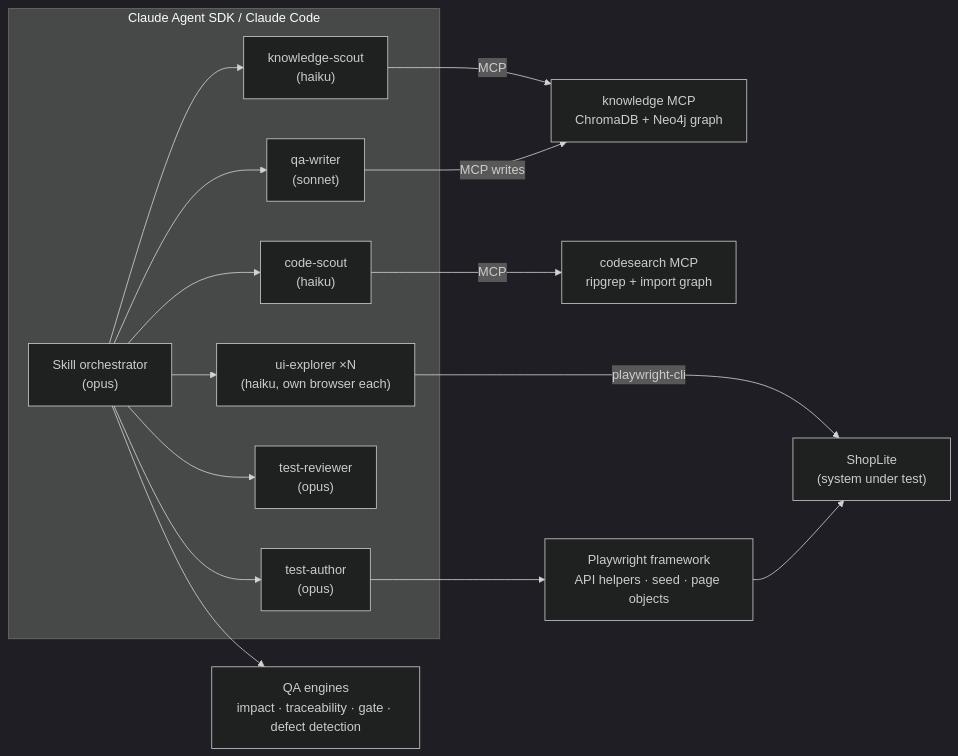
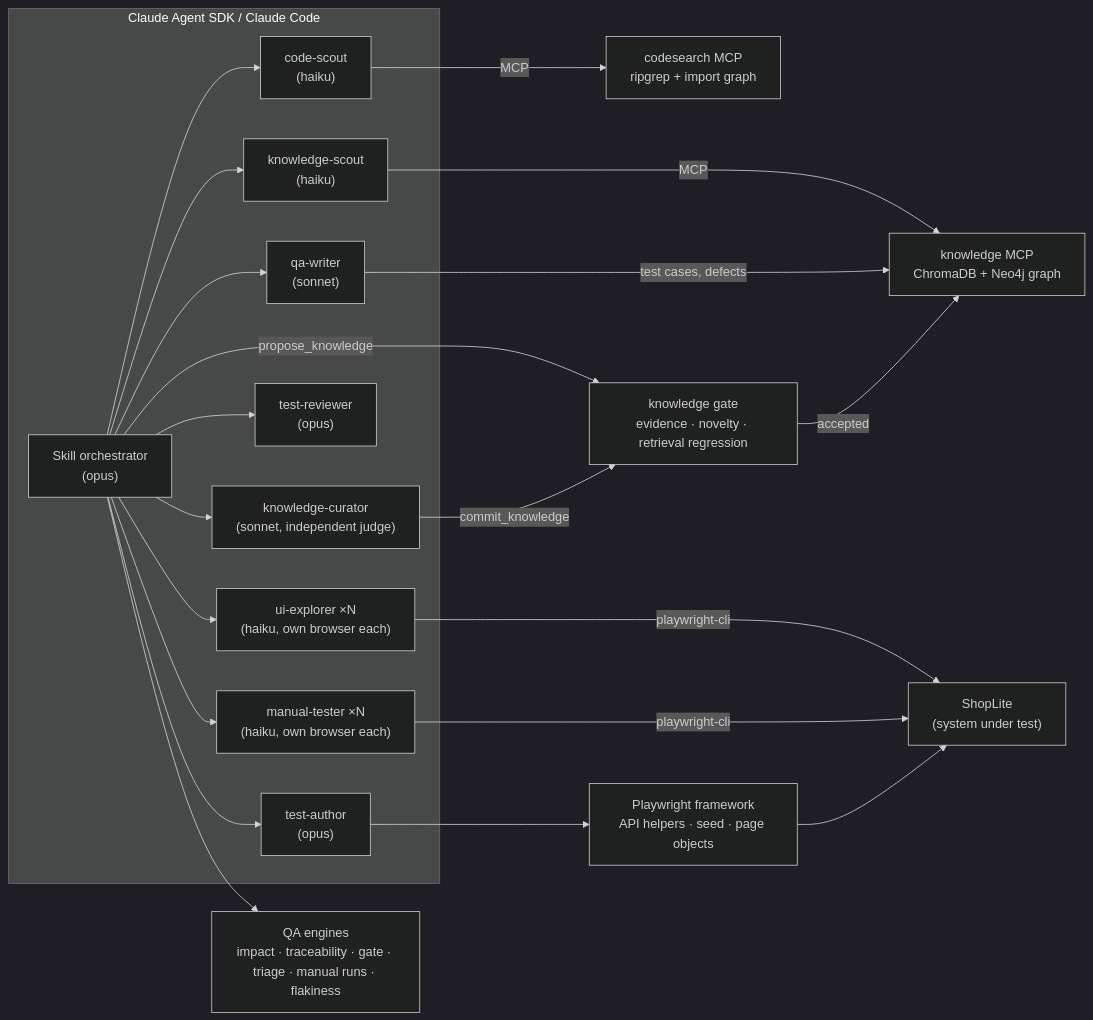
Before and after one commit to Releaseworthy/agentic-qa: the first of 2 diagrams in README.md, drawn with Mermaid (dark theme). The commit also changed other lines of this file and 95 other files, not shown here.

````diff
--- a/README.md
+++ b/README.md
@@ -34,18 +52,24 @@
 ```mermaid
 flowchart LR
   subgraph Agents["Claude Agent SDK / Claude Code"]
     O["Skill orchestrator<br/>(opus)"] --> KS["knowledge-scout<br/>(haiku)"]
     O --> CS["code-scout<br/>(haiku)"]
     O --> UX["ui-explorer ×N<br/>(haiku, own browser each)"]
     O --> TA["test-author<br/>(opus)"]
     O --> TR["test-reviewer<br/>(opus)"]
     O --> QW["qa-writer<br/>(sonnet)"]
+    O --> MT["manual-tester ×N<br/>(haiku, own browser each)"]
+    O --> KC["knowledge-curator<br/>(sonnet, independent judge)"]
   end
   KS -->|MCP| RAG["knowledge MCP<br/>ChromaDB + Neo4j graph"]
   CS -->|MCP| CODE["codesearch MCP<br/>ripgrep + import graph"]
   UX -->|playwright-cli| APP["ShopLite<br/>(system under test)"]
+  MT -->|playwright-cli| APP
   TA --> FW["Playwright framework<br/>API helpers · seed · page objects"]
   FW --> APP
-  O --> ENG["QA engines<br/>impact · traceability · gate · defect detection"]
-  QW -->|MCP writes| RAG
+  O --> ENG["QA engines<br/>impact · traceability · gate · triage · manual runs · flakiness"]
+  QW -->|test cases, defects| RAG
+  O -->|propose_knowledge| GATE["knowledge gate<br/>evidence · novelty · retrieval regression"]
+  KC -->|commit_knowledge| GATE
+  GATE -->|accepted| RAG
 ```
````
